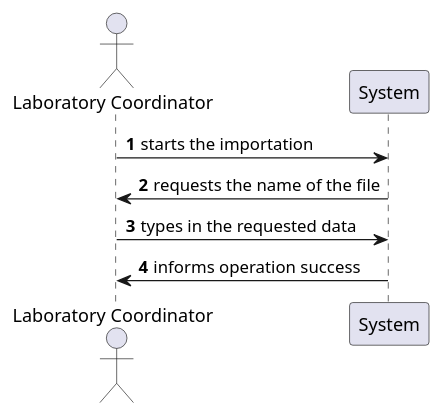
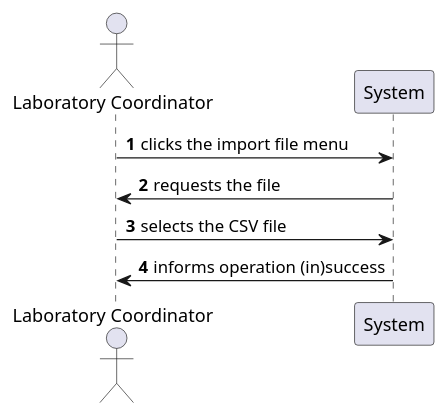
One commit to MadDinosaur/ISEP-LAPR2 changed the diagram in docs/SprintD/US17/US17_SSD.puml. Above: the diagram before and after it, drawn with PlantUML. The commit also changed 2 other files, not shown here.

```diff
--- a/docs/SprintD/US17/US17_SSD.puml
+++ b/docs/SprintD/US17/US17_SSD.puml
@@ -1,13 +1,13 @@
 @startuml
 
 autonumber
 
 actor "Laboratory Coordinator" as lc
 
 
-lc -> System: starts the importation
-System -> lc: requests the name of the file
-lc -> System: types in the requested data
-System -> lc: informs operation success
+lc -> System: clicks the import file menu
+System -> lc: requests the file
+lc -> System: selects the CSV file
+System -> lc: informs operation (in)success
 
 @enduml
```
